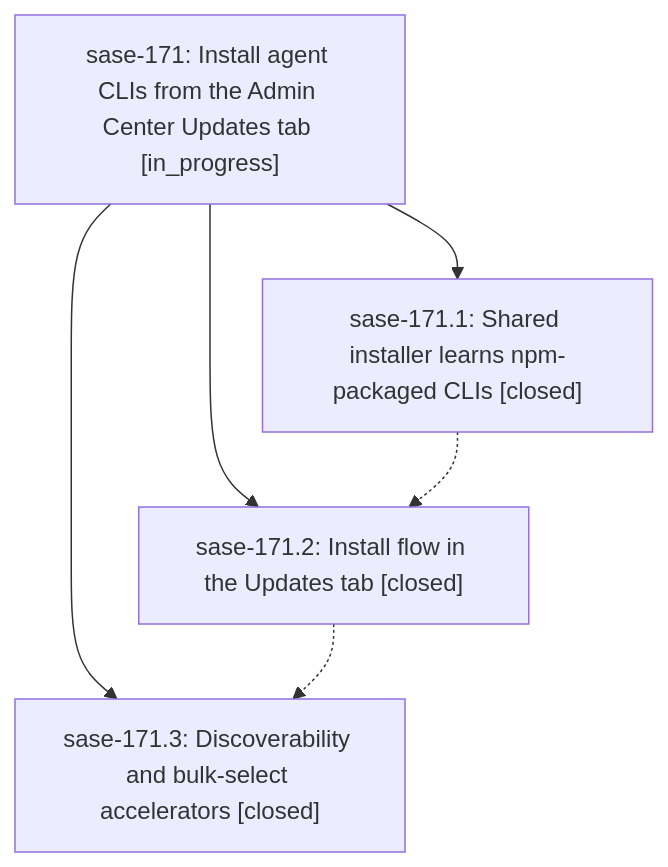
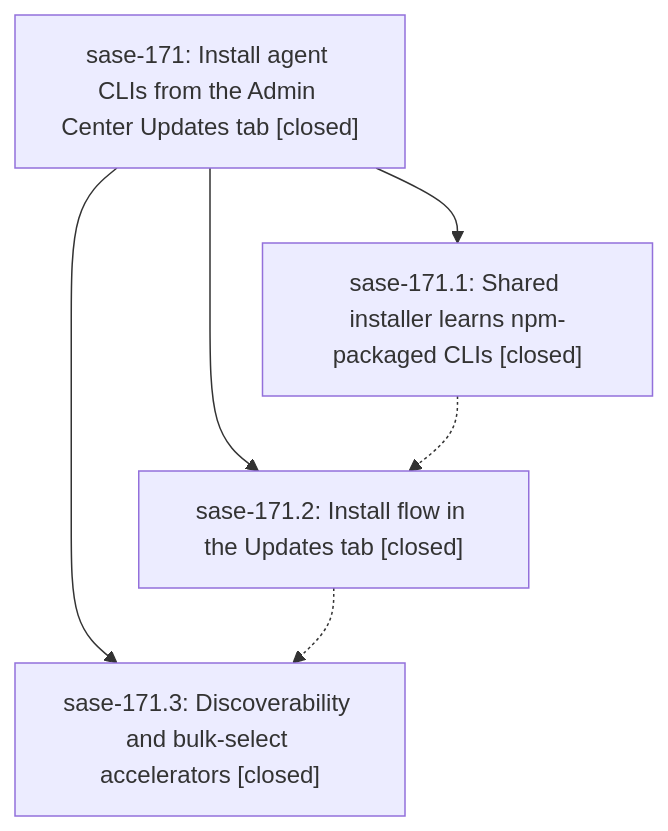
Before and after one commit to sase-org/sase--beads: the diagram in pages/sase-171/README.md, drawn with Mermaid. The commit also changed other lines of this file and 1 other file, not shown here.

First line of the commit message:
chore(beads): sync bead state and pages for sase-171

````diff
--- a/pages/sase-171/README.md
+++ b/pages/sase-171/README.md
@@ -32,12 +69,12 @@
 ```mermaid
 flowchart TD
-    n0["sase-171: Install agent CLIs from the Admin Center Updates tab [in_progress]"]
+    n0["sase-171: Install agent CLIs from the Admin Center Updates tab [closed]"]
     n1["sase-171.1: Shared installer learns npm-packaged CLIs [closed]"]
     n2["sase-171.2: Install flow in the Updates tab [closed]"]
     n3["sase-171.3: Discoverability and bulk-select accelerators [closed]"]
     n0 --> n1
     n0 --> n2
     n0 --> n3
     n1 -.-> n2
     n2 -.-> n3
 ```
````
